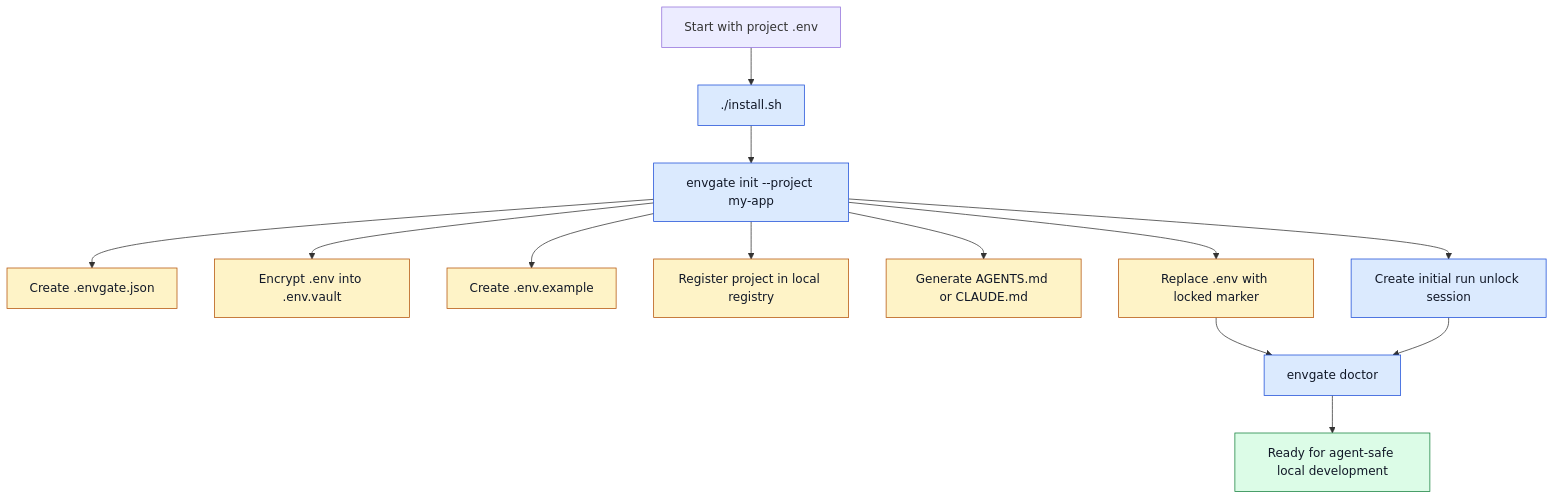
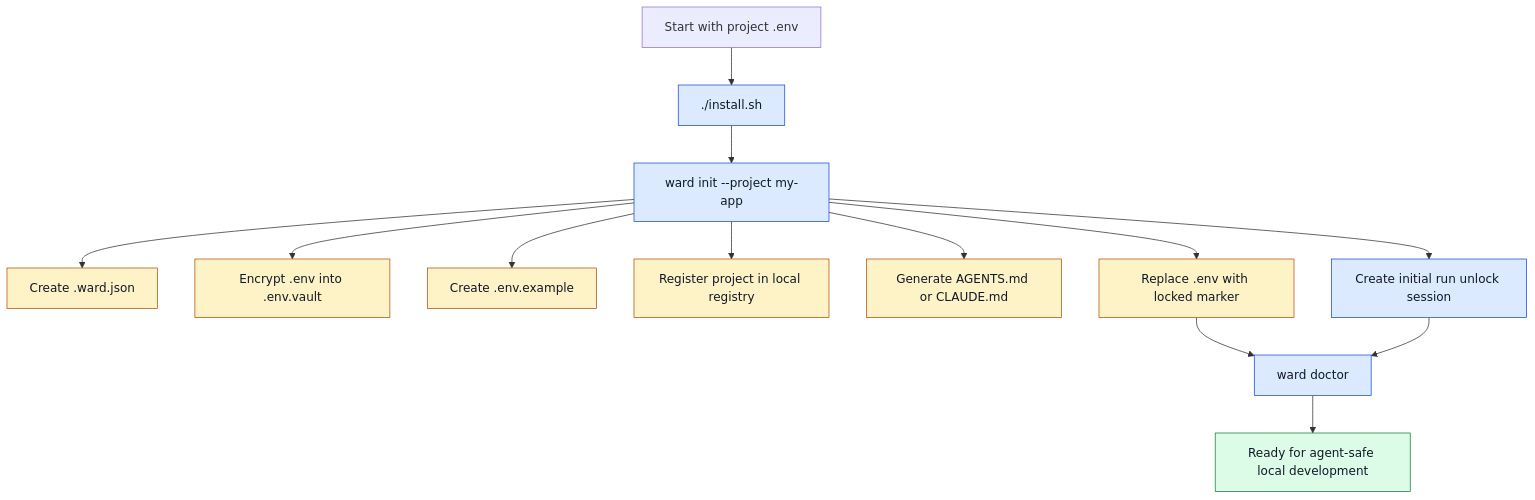
The second of 9 diagrams in docs/infographics.md (web3-claw/aiward), drawn with Mermaid before and after one commit. The commit also changed other lines of this file and 30 other files, not shown here.

First line of the commit message:
refactor: rename envgate → ward across entire codebase

````diff
--- a/docs/infographics.md
+++ b/docs/infographics.md
@@ -42,22 +42,22 @@
 ```mermaid
 flowchart TD
     A["Start with project .env"] --> B["./install.sh"]
-    B --> C["envgate init --project my-app"]
-    C --> D["Create .envgate.json"]
+    B --> C["ward init --project my-app"]
+    C --> D["Create .ward.json"]
     C --> E["Encrypt .env into .env.vault"]
     C --> F["Create .env.example"]
     C --> G["Register project in local registry"]
     C --> H["Generate AGENTS.md or CLAUDE.md"]
     C --> I["Replace .env with locked marker"]
     C --> J["Create initial run unlock session"]
-    I --> K["envgate doctor"]
+    I --> K["ward doctor"]
     J --> K
     K --> L["Ready for agent-safe local development"]
 
     classDef command fill:#dbeafe,stroke:#1d4ed8,color:#111827;
     classDef file fill:#fef3c7,stroke:#b45309,color:#111827;
     classDef done fill:#dcfce7,stroke:#15803d,color:#111827;
     class B,C,J,K command;
     class D,E,F,G,H,I file;
     class L done;
 ```
````
